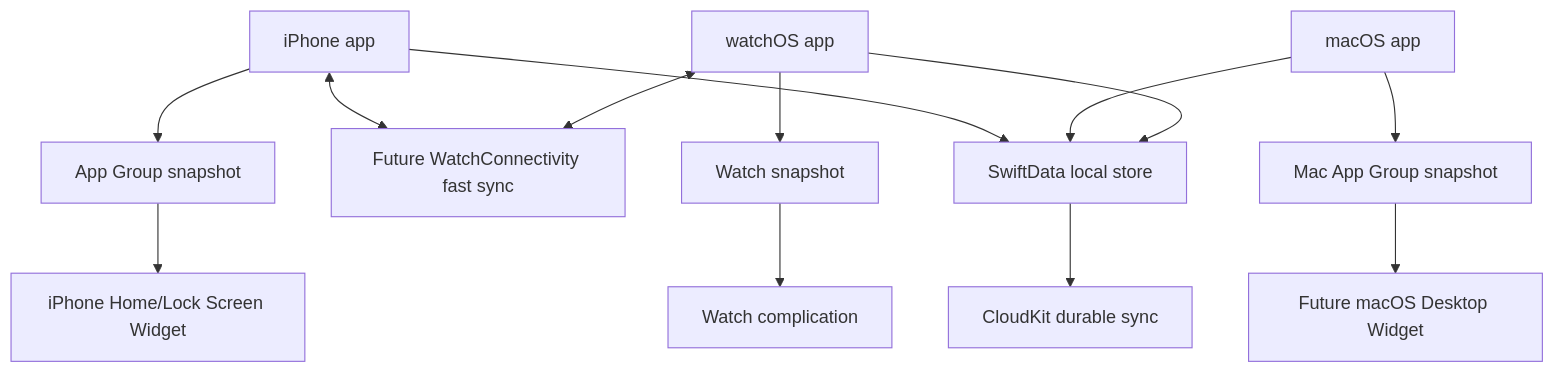
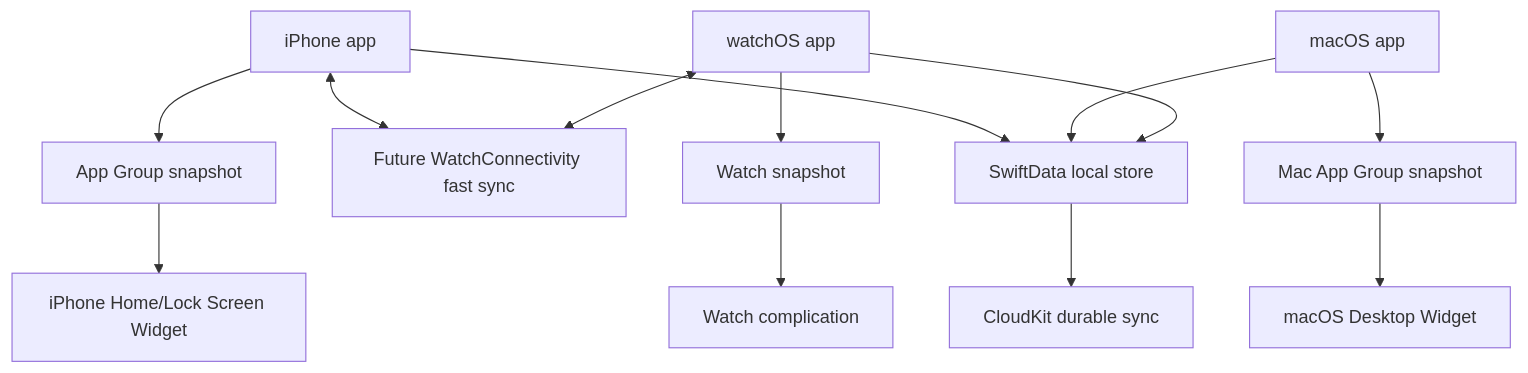
The diagram in docs/ARCHITECTURE.md (kangkshao-beep/HUST_WorkingTime), drawn with Mermaid before and after one commit. The commit also changed other lines of this file and 8 other files, not shown here.

Commit message:
feat: add native macOS attendance widget

````diff
--- a/docs/ARCHITECTURE.md
+++ b/docs/ARCHITECTURE.md
@@ -5,15 +5,15 @@
 ```mermaid
 flowchart TD
     A[iPhone app] --> B[SwiftData local store]
     C[macOS app] --> B
     D[watchOS app] --> B
     B --> E[CloudKit durable sync]
     A <--> F[Future WatchConnectivity fast sync]
     D <--> F
     A --> G[App Group snapshot]
     C --> H[Mac App Group snapshot]
     D --> I[Watch snapshot]
     G --> J[iPhone Home/Lock Screen Widget]
-    H --> K[Future macOS Desktop Widget]
+    H --> K[macOS Desktop Widget]
     I --> L[Watch complication]
 ```
````
